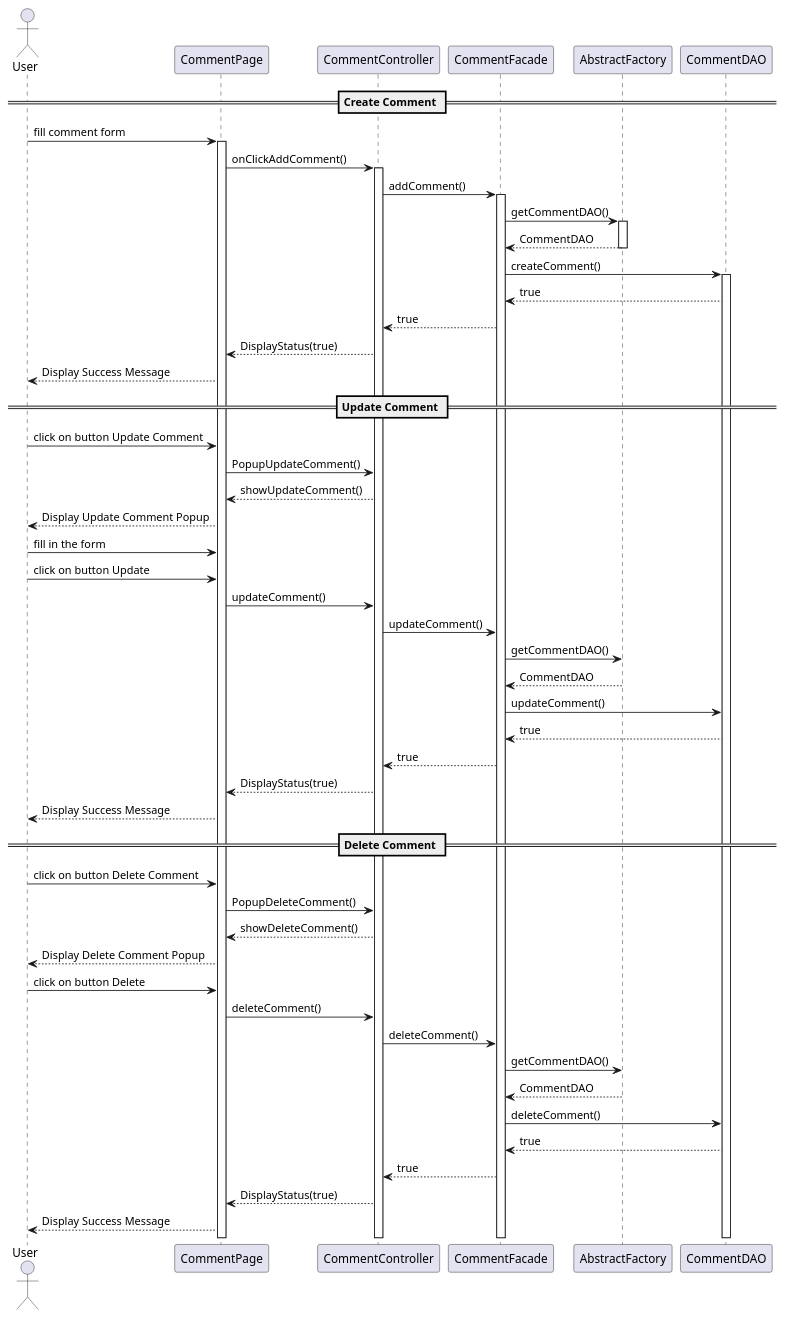
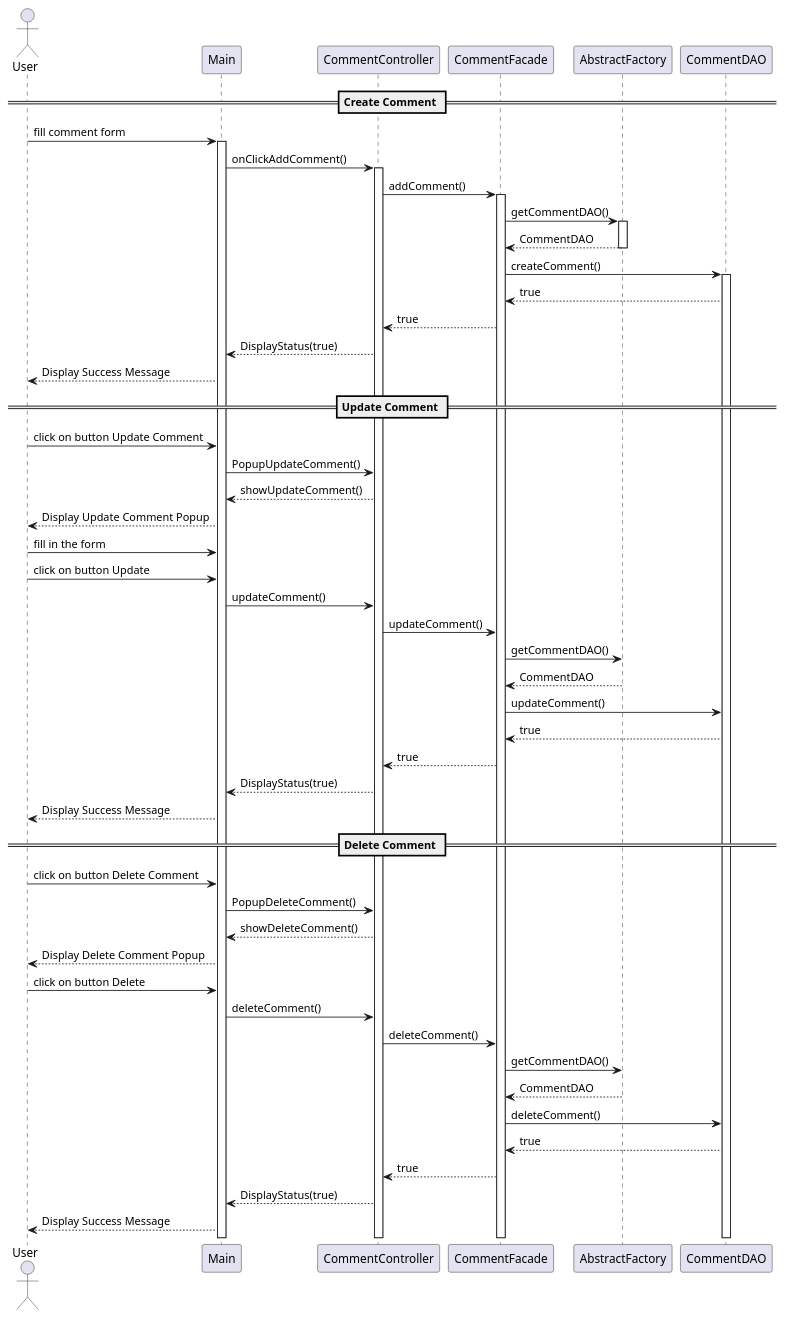
Before and after one commit to iusildra/WineCellar: the diagram in doc/reports/final/comments/comments_sequenceDiagram.plantUML, drawn with PlantUML.

Commit message:
fixing sequence diagram

```diff
--- a/doc/reports/final/comments/comments_sequenceDiagram.plantUML
+++ b/doc/reports/final/comments/comments_sequenceDiagram.plantUML
@@ -1,59 +1,59 @@
 @startuml
 
 actor User
 
-participant "CommentPage" as UI
+participant "Main" as UI
 participant "CommentController" as Controller
 participant "CommentFacade" as Facade
 participant "AbstractFactory" as Factory
 participant "CommentDAO" as DAO
 
 == Create Comment ==
 User -> UI++ : fill comment form
 UI -> Controller++ : onClickAddComment()
 Controller -> Facade++ : addComment()
 Facade -> Factory++ : getCommentDAO()
 Factory --> Facade-- : CommentDAO
 Facade -> DAO++ : createComment()
 DAO --> Facade : true
 Facade --> Controller : true
 Controller --> UI : DisplayStatus(true)
 UI --> User : Display Success Message
 
 == Update Comment ==
 
 User -> UI : click on button Update Comment
 UI -> Controller : PopupUpdateComment()
 Controller --> UI : showUpdateComment()
 UI --> User : Display Update Comment Popup
 User -> UI : fill in the form
 User -> UI : click on button Update
 UI -> Controller : updateComment()
 Controller -> Facade : updateComment()
 Facade -> Factory : getCommentDAO()
 Factory --> Facade : CommentDAO
 Facade -> DAO : updateComment()
 DAO --> Facade : true
 Facade --> Controller : true
 Controller --> UI : DisplayStatus(true)
 UI --> User : Display Success Message
 
 == Delete Comment ==
 
 User -> UI : click on button Delete Comment
 UI -> Controller : PopupDeleteComment()
 Controller --> UI : showDeleteComment()
 UI --> User : Display Delete Comment Popup
 User -> UI : click on button Delete
 UI -> Controller : deleteComment()
 Controller -> Facade : deleteComment()
 Facade -> Factory : getCommentDAO()
 Factory --> Facade : CommentDAO
 Facade -> DAO : deleteComment()
 DAO --> Facade : true
 Facade --> Controller : true
 Controller --> UI : DisplayStatus(true)
 UI --> User : Display Success Message
 
 
 @enduml
```
